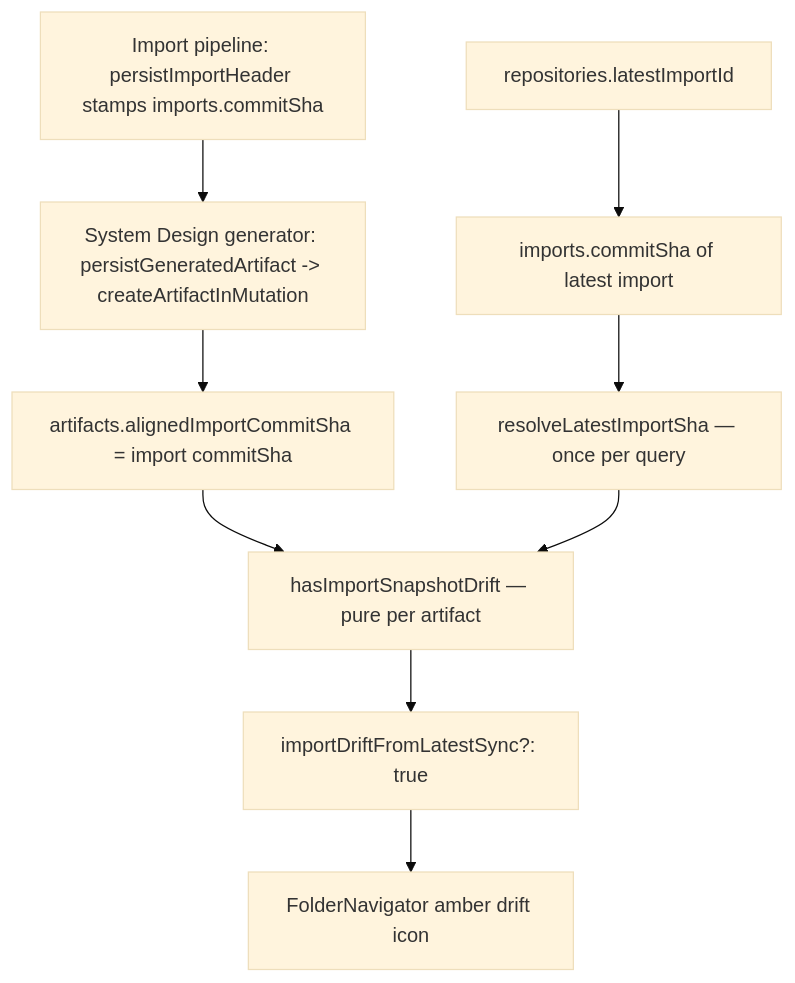
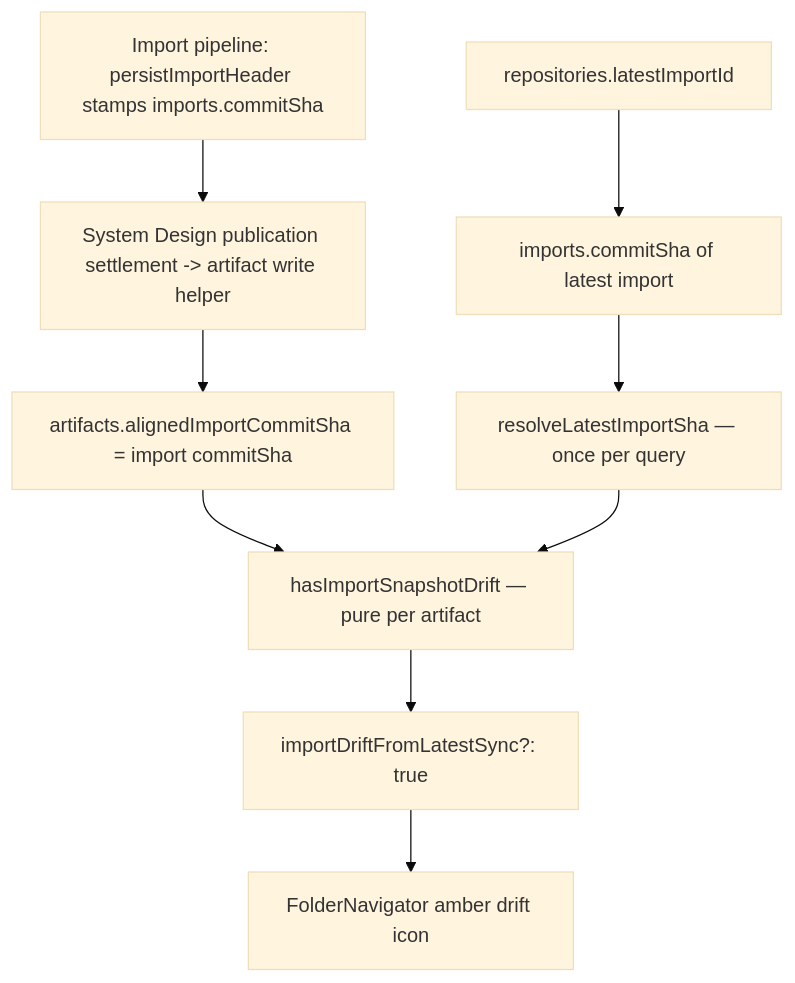
Before and after one commit to EricTsai83/systify: the diagram in docs/repository/artifact-import-drift-system-design.md, drawn with Mermaid (base theme). The commit also changed other lines of this file and 14 other files, not shown here.

First line of the commit message:
Refactor system design publication finalization

````diff
--- a/docs/repository/artifact-import-drift-system-design.md
+++ b/docs/repository/artifact-import-drift-system-design.md
@@ -40,17 +40,17 @@
 ```mermaid
 flowchart TD
   Import[Import pipeline: persistImportHeader stamps imports.commitSha]
-  Generator[System Design generator: persistGeneratedArtifact -> createArtifactInMutation]
+  Generator[System Design publication settlement -> artifact write helper]
   Aligned[artifacts.alignedImportCommitSha = import commitSha]
   LatestPtr[repositories.latestImportId]
   LatestSha[imports.commitSha of latest import]
   Resolve[resolveLatestImportSha — once per query]
   Compare[hasImportSnapshotDrift — pure per artifact]
   Flag[importDriftFromLatestSync?: true]
   UI[FolderNavigator amber drift icon]
 
   Import --> Generator --> Aligned
   LatestPtr --> LatestSha --> Resolve
   Aligned --> Compare
   Resolve --> Compare --> Flag --> UI
 ```
````
